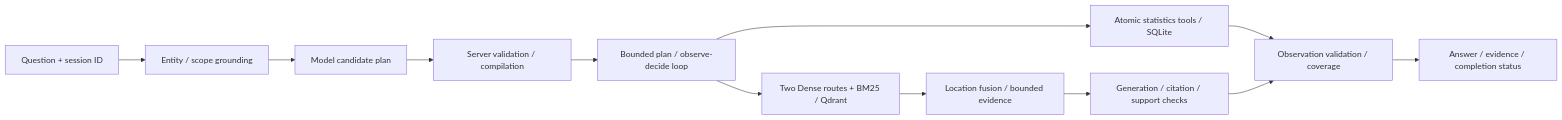
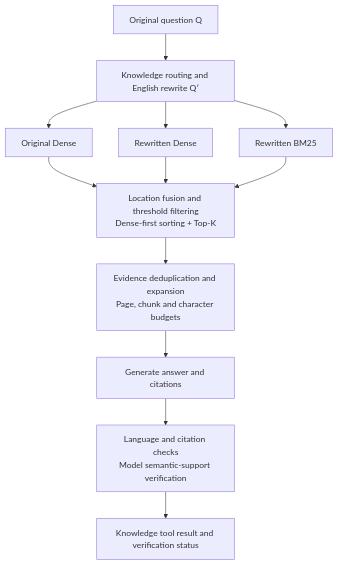
The second of 2 diagrams in README.en.md (yangxiaolin9527/nba-analytics-agent), drawn with Mermaid before and after one commit. The commit also changed other lines of this file and 5 other files, not shown here.

````diff
--- a/README.en.md
+++ b/README.en.md
@@ -32,14 +61,14 @@
 ```mermaid
-flowchart LR
-  U[Question + session ID] --> G[Entity / scope grounding]
-  G --> P[Model candidate plan]
-  P --> C[Server validation / compilation]
-  C --> A[Bounded plan / observe-decide loop]
-  A --> S[Atomic statistics tools / SQLite]
-  A --> R[Two Dense routes + BM25 / Qdrant]
-  R --> E[Location fusion / bounded evidence]
-  E --> V[Generation / citation / support checks]
-  S --> O[Observation validation / coverage]
-  V --> O
-  O --> F[Answer / evidence / completion status]
+flowchart TB
+  Q[Original question Q] --> ROUTE[Knowledge routing and English rewrite Q′]
+  ROUTE --> D1[Original Dense]
+  ROUTE --> D2[Rewritten Dense]
+  ROUTE --> BM[Rewritten BM25]
+  D1 --> F[Location fusion and threshold filtering<br/>Dense-first sorting + Top-K]
+  D2 --> F
+  BM --> F
+  F --> E[Evidence deduplication and expansion<br/>Page, chunk and character budgets]
+  E --> G[Generate answer and citations]
+  G --> V[Language and citation checks<br/>Model semantic-support verification]
+  V --> A[Knowledge tool result and verification status]
 ```
````
